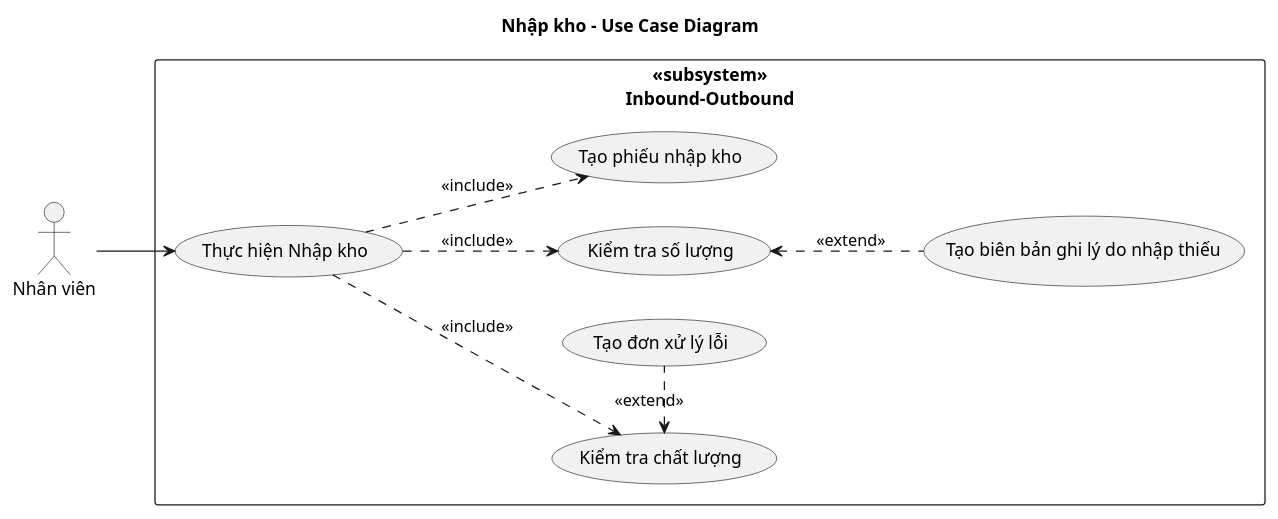
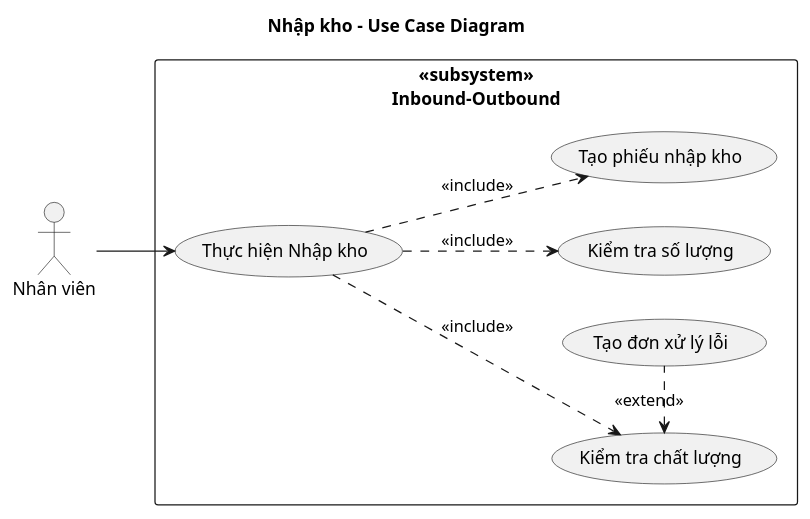
One commit to tuanemtramtinh/dacn-uml changed the diagram in Usecase/NhapKho-Usecase.plantuml. Above: the diagram before and after it, drawn with PlantUML. The commit also changed 31 other files, not shown here.

```diff
--- a/Usecase/NhapKho-Usecase.plantuml
+++ b/Usecase/NhapKho-Usecase.plantuml
@@ -1,28 +1,26 @@
 @startuml
 
 title Nhập kho - Use Case Diagram
 
 left to right direction
 actor "Nhân viên" as nv
 rectangle "<<subsystem>>\nInbound-Outbound" {
   ' usecase "Quét RFID" as UC1
   usecase "Kiểm tra số lượng" as UC1
   usecase "Tạo phiếu nhập kho" as UC2
   usecase "Thực hiện Nhập kho" as UC3
-  usecase "Tạo biên bản ghi lý do nhập thiếu" as UC4
   usecase "Kiểm tra chất lượng" as UC5
   usecase "Tạo đơn xử lý lỗi" as UC6
   ' usecase "Chọn vị trí lưu trữ" as UC6
 }
 
 nv --> UC3
 ' UC3 ..> UC1: <<include>>
 UC3 ..> UC2: <<include>>
 ' UC1 <.. UC4: <<extend>>
-UC1 <.. UC4: <<extend>>
 UC3 ..> UC1: <<include>>
 UC3 ..> UC5: <<include>>
 UC5 <. UC6: <<extend>>
 ' UC3 ..> UC6: <<include>>
 
 @enduml
```
